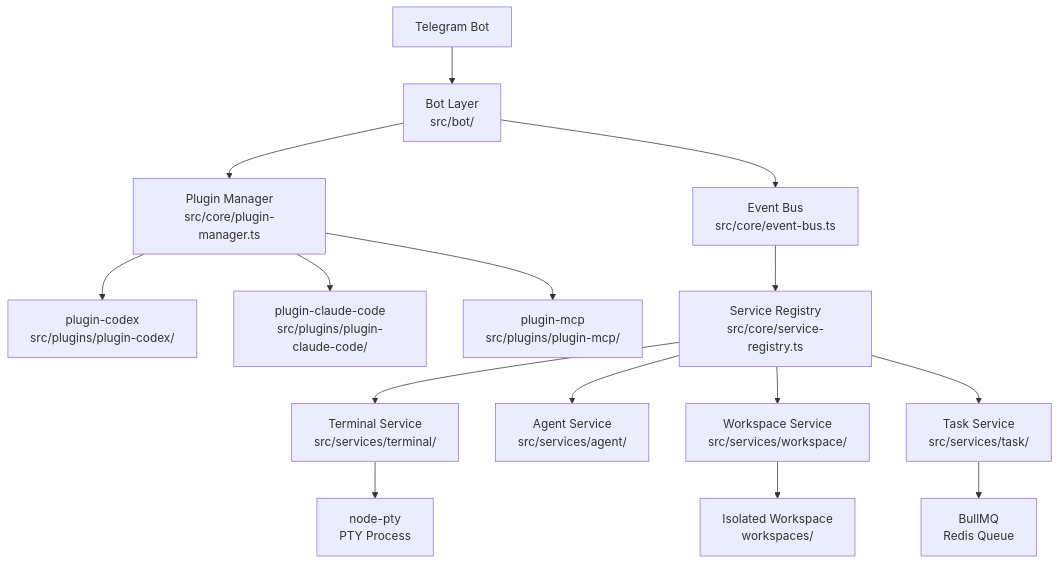
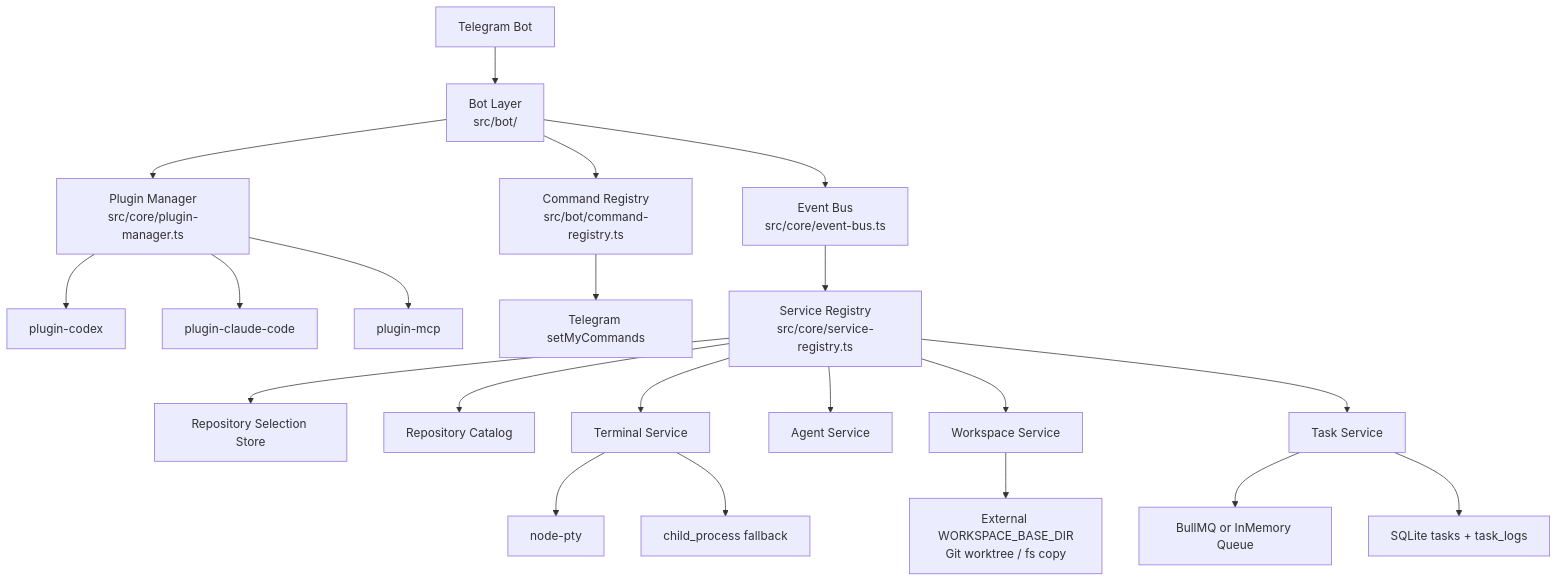
The diagram in README.md (bugbubug/telegram-ai-coding), drawn with Mermaid before and after one commit. The commit also changed other lines of this file and 68 other files, not shown here.

````diff
--- a/README.md
+++ b/README.md
@@ -36,20 +101,26 @@
 ```mermaid
 graph TB
-    TG[Telegram Bot] --> BotLayer[Bot Layer\nsrc/bot/]
-    BotLayer --> PluginManager[Plugin Manager\nsrc/core/plugin-manager.ts]
-    BotLayer --> EventBus[Event Bus\nsrc/core/event-bus.ts]
+    TG["Telegram Bot"] --> BotLayer["Bot Layer\nsrc/bot/"]
+    BotLayer --> PluginManager["Plugin Manager\nsrc/core/plugin-manager.ts"]
+    BotLayer --> CommandRegistry["Command Registry\nsrc/bot/command-registry.ts"]
+    BotLayer --> EventBus["Event Bus\nsrc/core/event-bus.ts"]
 
-    PluginManager --> PluginCodex[plugin-codex\nsrc/plugins/plugin-codex/]
-    PluginManager --> PluginClaude[plugin-claude-code\nsrc/plugins/plugin-claude-code/]
-    PluginManager --> PluginMCP[plugin-mcp\nsrc/plugins/plugin-mcp/]
+    PluginManager --> PluginCodex["plugin-codex"]
+    PluginManager --> PluginClaude["plugin-claude-code"]
+    PluginManager --> PluginMCP["plugin-mcp"]
+    CommandRegistry --> Menu["Telegram setMyCommands"]
 
-    EventBus --> ServiceRegistry[Service Registry\nsrc/core/service-registry.ts]
-    ServiceRegistry --> TerminalSvc[Terminal Service\nsrc/services/terminal/]
-    ServiceRegistry --> AgentSvc[Agent Service\nsrc/services/agent/]
-    ServiceRegistry --> WorkspaceSvc[Workspace Service\nsrc/services/workspace/]
-    ServiceRegistry --> TaskSvc[Task Service\nsrc/services/task/]
+    EventBus --> ServiceRegistry["Service Registry\nsrc/core/service-registry.ts"]
+    ServiceRegistry --> RepoSelection["Repository Selection Store"]
+    ServiceRegistry --> RepoCatalog["Repository Catalog"]
+    ServiceRegistry --> TerminalSvc["Terminal Service"]
+    ServiceRegistry --> AgentSvc["Agent Service"]
+    ServiceRegistry --> WorkspaceSvc["Workspace Service"]
+    ServiceRegistry --> TaskSvc["Task Service"]
 
-    TerminalSvc --> PTY[node-pty\nPTY Process]
-    TaskSvc --> Queue[BullMQ\nRedis Queue]
-    WorkspaceSvc --> FS[Isolated Workspace\nworkspaces/]
+    TerminalSvc --> PTY["node-pty"]
+    TerminalSvc --> Child["child_process fallback"]
+    TaskSvc --> Queue["BullMQ or InMemory Queue"]
+    TaskSvc --> SQLite["SQLite tasks + task_logs"]
+    WorkspaceSvc --> Worktree["External WORKSPACE_BASE_DIR\nGit worktree / fs copy"]
 ```
````
